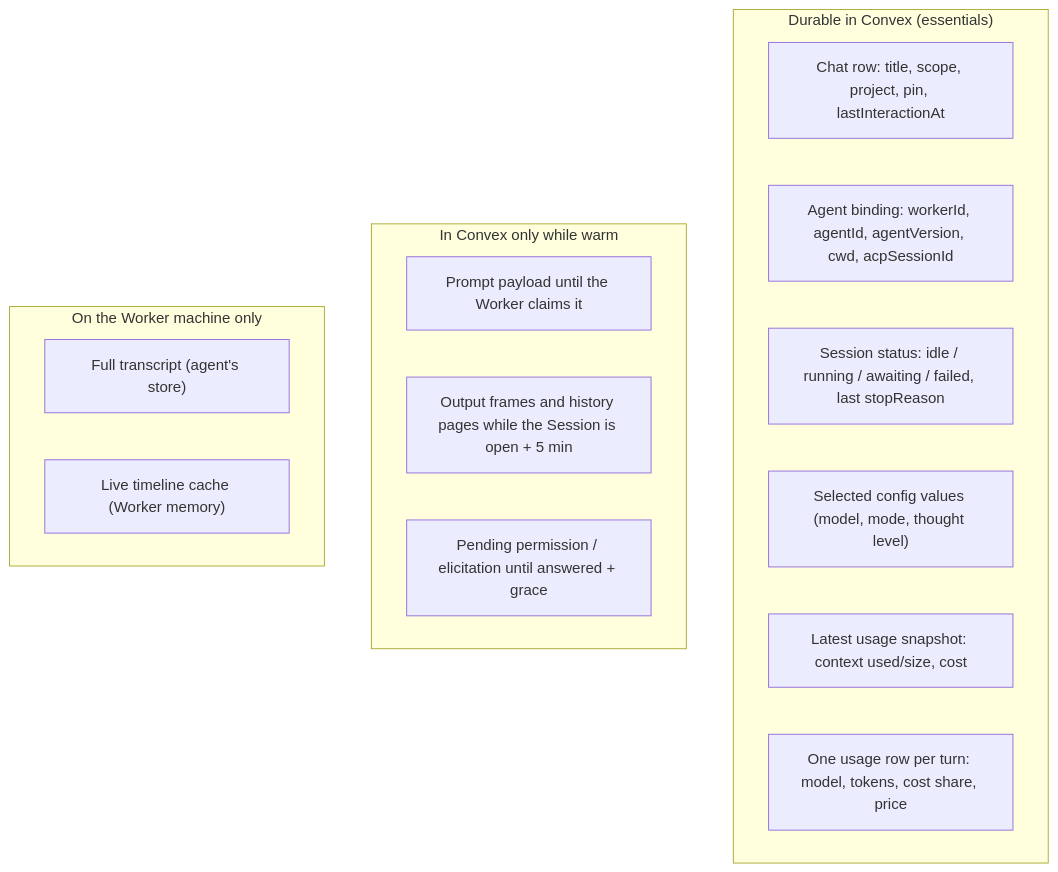
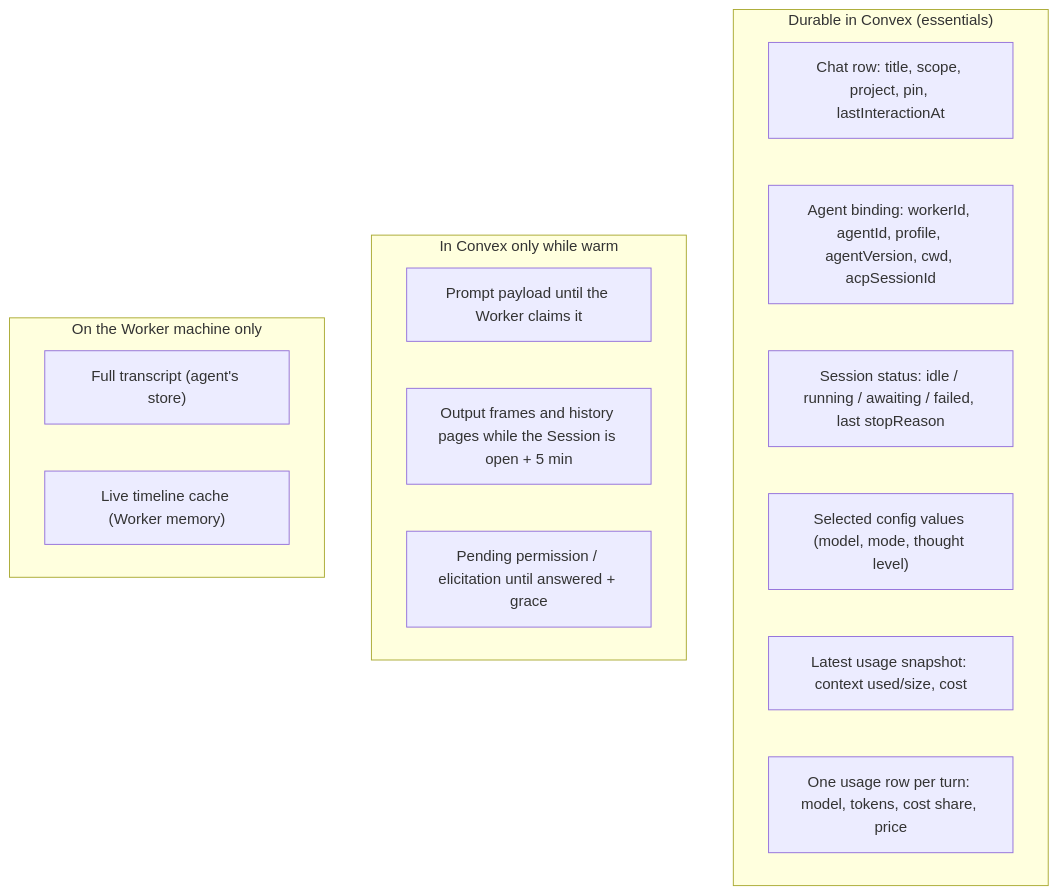
The second of 2 diagrams in docs/ACP.md (alkalines/Radium), drawn with Mermaid before and after one commit. The commit also changed other lines of this file and 49 other files, not shown here.

````diff
--- a/docs/ACP.md
+++ b/docs/ACP.md
@@ -109,20 +109,20 @@
 ```mermaid
 flowchart TB
     subgraph Durable["Durable in Convex (essentials)"]
         D1["Chat row: title, scope, project, pin, lastInteractionAt"]
-        D2["Agent binding: workerId, agentId, agentVersion, cwd, acpSessionId"]
+        D2["Agent binding: workerId, agentId, profile, agentVersion, cwd, acpSessionId"]
         D3["Session status: idle / running / awaiting / failed, last stopReason"]
         D4["Selected config values (model, mode, thought level)"]
         D5["Latest usage snapshot: context used/size, cost"]
         D6["One usage row per turn: model, tokens, cost share, price"]
     end
     subgraph Transient["In Convex only while warm"]
         T1["Prompt payload until the Worker claims it"]
         T2["Output frames and history pages while the Session is open + 5 min"]
         T3["Pending permission / elicitation until answered + grace"]
     end
     subgraph Agent["On the Worker machine only"]
         A1["Full transcript (agent's store)"]
         A2["Live timeline cache (Worker memory)"]
     end
 ```
````
